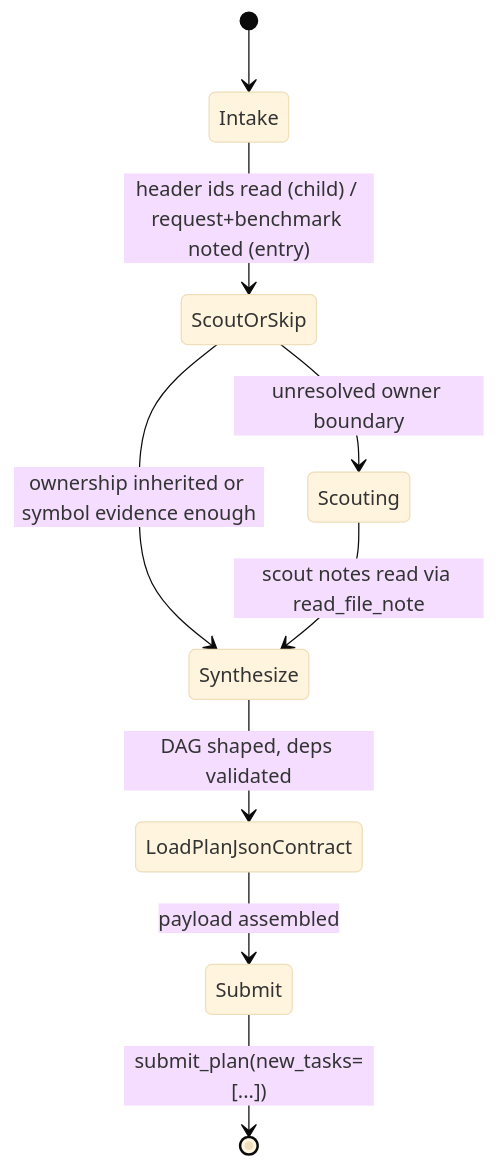
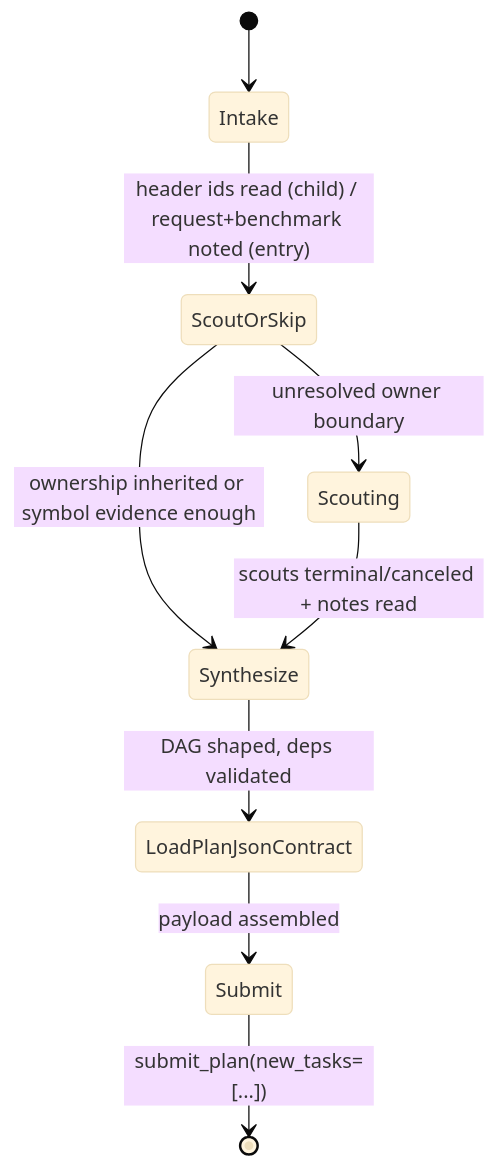
The diagram in backend/src/skills/bundled/content/team-planner-playbook/SKILL.md (Ephemeral-AI-Lab/ephemeral-os), drawn with Mermaid (base theme) before and after one commit. The commit also changed other lines of this file and 23 other files, not shown here.

````diff
--- a/backend/src/skills/bundled/content/team-planner-playbook/SKILL.md
+++ b/backend/src/skills/bundled/content/team-planner-playbook/SKILL.md
@@ -11,11 +16,11 @@
 ```mermaid
 stateDiagram-v2
     [*] --> Intake
     Intake --> ScoutOrSkip: header ids read (child) / request+benchmark noted (entry)
     ScoutOrSkip --> Synthesize: ownership inherited or symbol evidence enough
     ScoutOrSkip --> Scouting: unresolved owner boundary
-    Scouting --> Synthesize: scout notes read via read_file_note
+    Scouting --> Synthesize: scouts terminal/canceled + notes read
     Synthesize --> LoadPlanJsonContract: DAG shaped, deps validated
     LoadPlanJsonContract --> Submit: payload assembled
     Submit --> [*]: submit_plan(new_tasks=[...])
 ```
````
